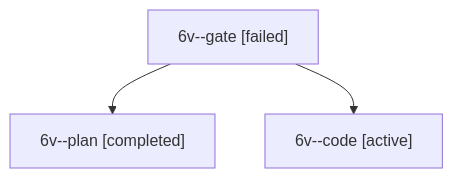
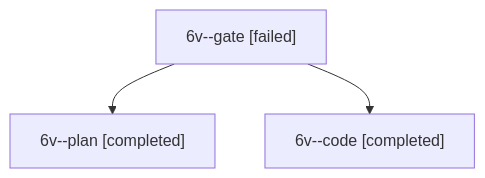
One commit to bobs-org/bob-cli--agents changed the diagram in sessions/bbugyi200.apollo.6v.md. Above: the diagram before and after it, drawn with Mermaid. The commit also changed other lines of this file and 16 other files, not shown here.

````diff
--- a/sessions/bbugyi200.apollo.6v.md
+++ b/sessions/bbugyi200.apollo.6v.md
@@ -9,8 +9,8 @@
 ```mermaid
 flowchart TD
   n0["6v--gate [failed]"]
   n1["6v--plan [completed]"]
   n0 --> n1
-  n2["6v--code [active]"]
+  n2["6v--code [completed]"]
   n0 --> n2
 ```
````
